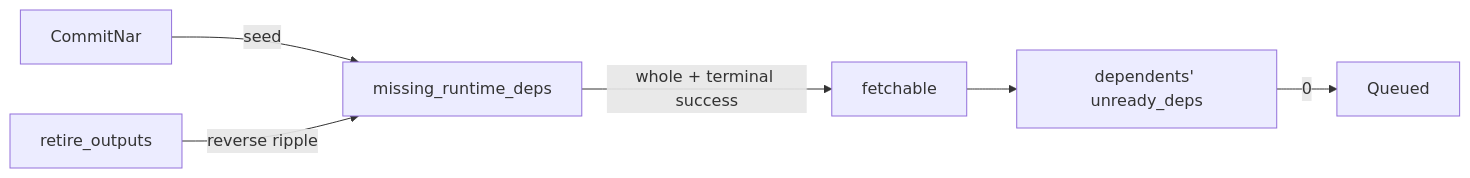
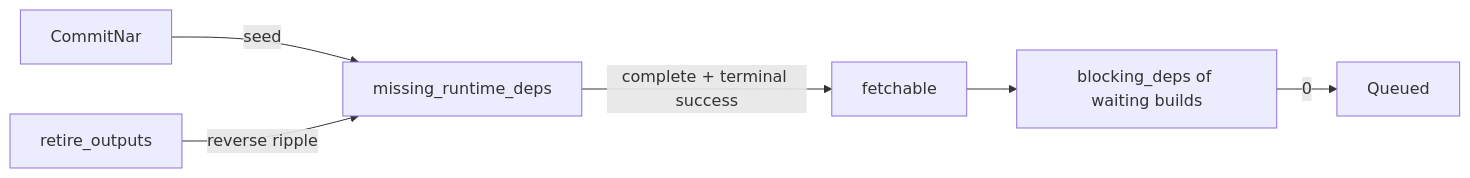
One commit to wavelens/gradient changed the diagram in docs/src/contributors/scheduler/cache-closure.md. Above: the diagram before and after it, drawn with Mermaid. The commit also changed other lines of this file and 61 other files, not shown here.

````diff
--- a/docs/src/contributors/scheduler/cache-closure.md
+++ b/docs/src/contributors/scheduler/cache-closure.md
@@ -5,8 +5,8 @@
 ```mermaid
 flowchart LR
     C[CommitNar] -- seed --> W[missing_runtime_deps]
     R[retire_outputs] -- reverse ripple --> W
-    W -- whole + terminal success --> F[fetchable]
-    F --> U[dependents' unready_deps]
+    W -- "complete + terminal success" --> F[fetchable]
+    F --> U["blocking_deps of waiting builds"]
     U -- 0 --> Q[Queued]
 ```
````
